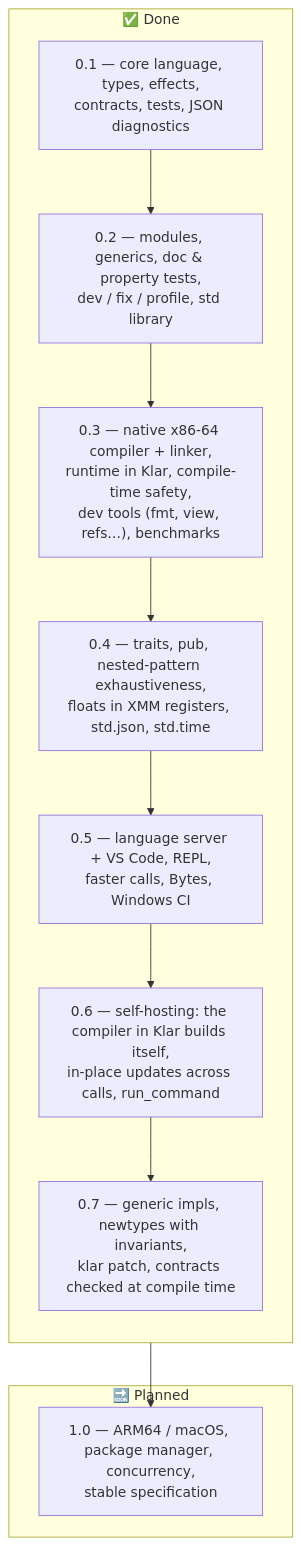
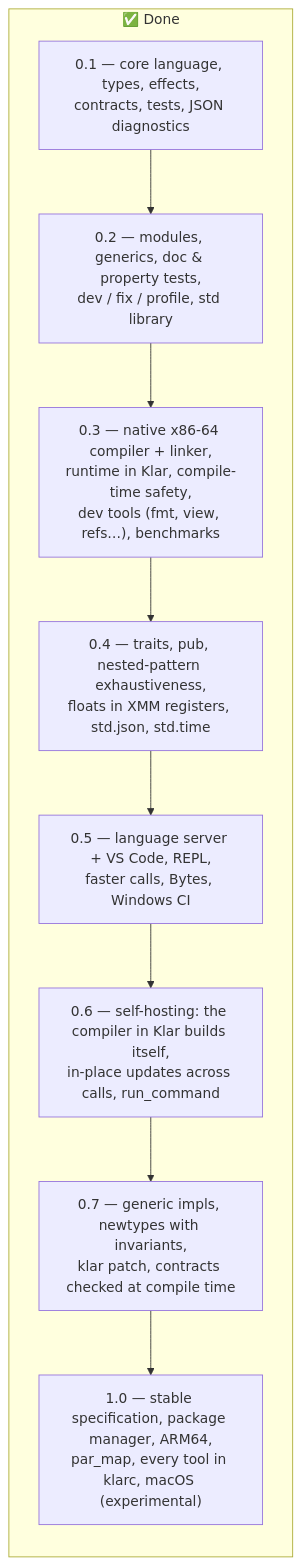
Before and after one commit to veosett/Klar: the second of 2 diagrams in README.md, drawn with Mermaid. The commit also changed other lines of this file and 22 other files, not shown here.

````diff
--- a/README.md
+++ b/README.md
@@ -158,18 +159,15 @@
 ```mermaid
 flowchart TB
     subgraph done["✅ Done"]
         direction TB
         v01["0.1 — core language, types, effects,<br/>contracts, tests, JSON diagnostics"]
         v02["0.2 — modules, generics, doc &amp; property tests,<br/>dev / fix / profile, std library"]
         v03["0.3 — native x86-64 compiler + linker,<br/>runtime in Klar, compile-time safety,<br/>dev tools (fmt, view, refs…), benchmarks"]
         v04["0.4 — traits, pub, nested-pattern exhaustiveness,<br/>floats in XMM registers, std.json, std.time"]
         v05["0.5 — language server + VS Code, REPL,<br/>faster calls, Bytes, Windows CI"]
         v06["0.6 — self-hosting: the compiler in Klar builds itself,<br/>in-place updates across calls, run_command"]
         v07["0.7 — generic impls, newtypes with invariants,<br/>klar patch, contracts checked at compile time"]
-        v01 --> v02 --> v03 --> v04 --> v05 --> v06 --> v07
+        v10["1.0 — stable specification, package manager, ARM64,<br/>par_map, every tool in klarc, macOS (experimental)"]
+        v01 --> v02 --> v03 --> v04 --> v05 --> v06 --> v07 --> v10
     end
-    subgraph next["🔜 Planned"]
-        v10["1.0 — ARM64 / macOS, package manager, concurrency,<br/>stable specification"]
-    end
-    v07 --> v10
 ```
````
